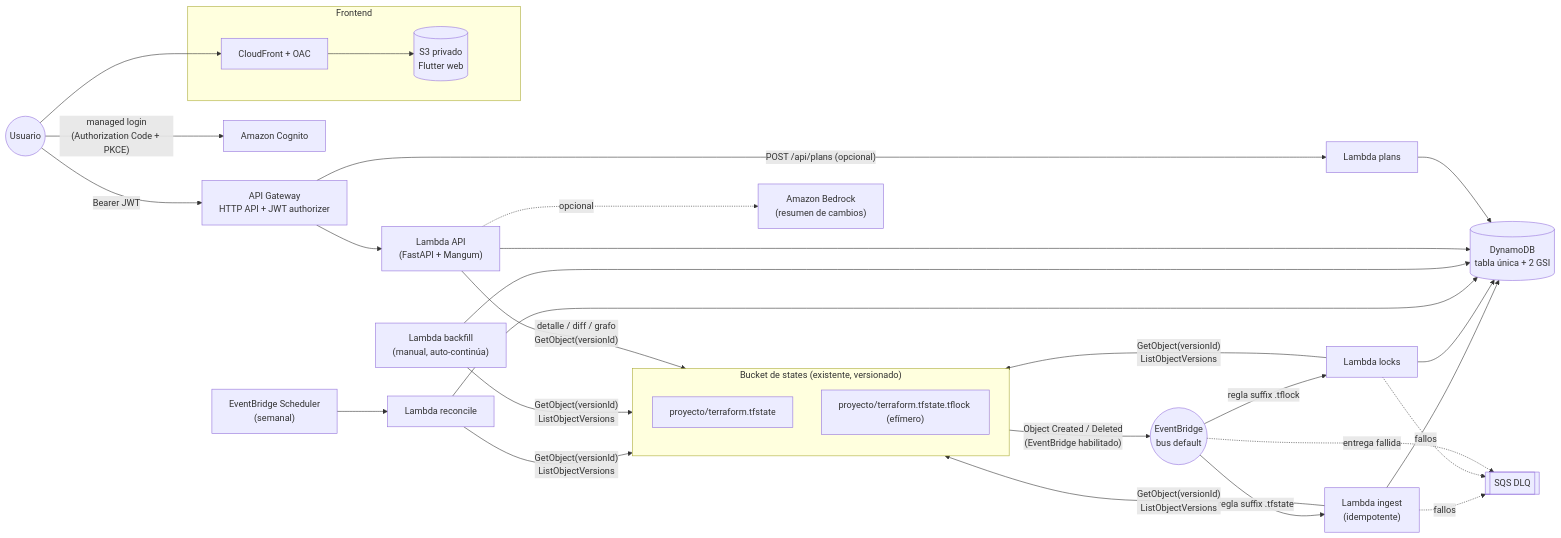
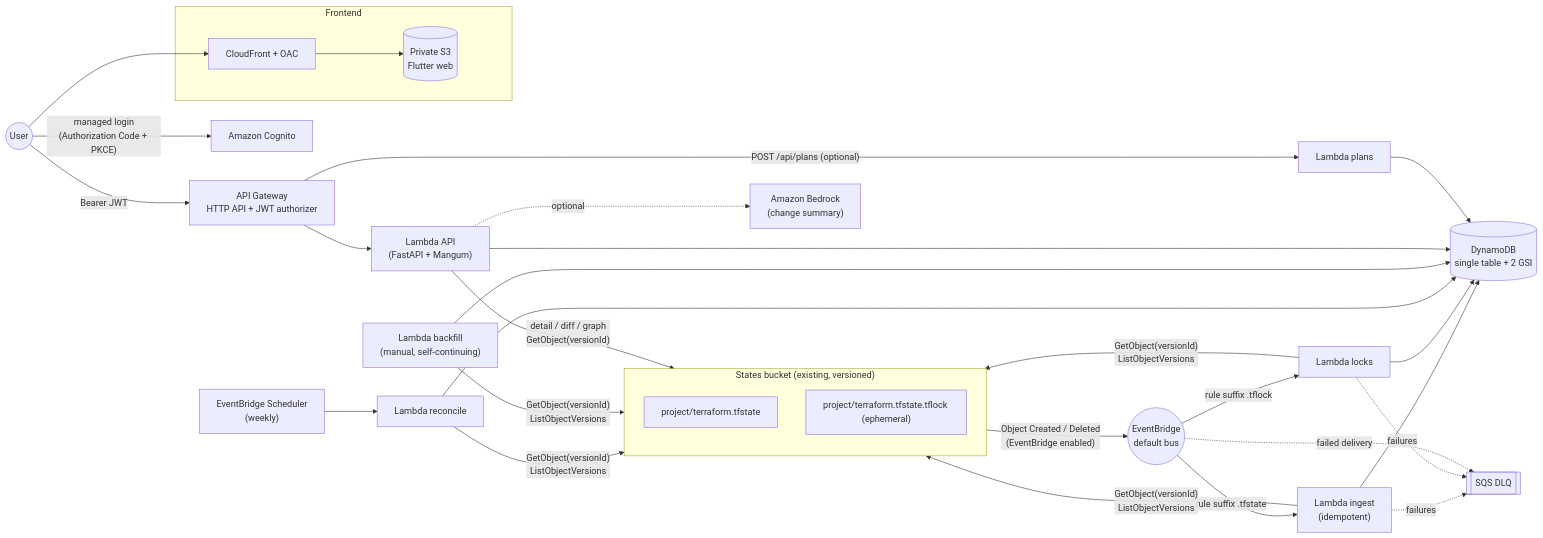
One commit to nubesegura/terraformation changed the diagram in README.md. Above: the diagram before and after it, drawn with Mermaid. The commit also changed other lines of this file and 107 other files, not shown here.

````diff
--- a/README.md
+++ b/README.md
@@ -38,30 +42,30 @@
 ```mermaid
 flowchart LR
-  subgraph S3["Bucket de states (existente, versionado)"]
-    ST["proyecto/terraform.tfstate"]
-    LK["proyecto/terraform.tfstate.tflock (efímero)"]
+  subgraph S3["States bucket (existing, versioned)"]
+    ST["project/terraform.tfstate"]
+    LK["project/terraform.tfstate.tflock (ephemeral)"]
   end
-  S3 -- "Object Created / Deleted<br/>(EventBridge habilitado)" --> EB(("EventBridge<br/>bus default"))
-  EB -- "regla suffix .tfstate" --> ING["Lambda ingest<br/>(idempotente)"]
-  EB -- "regla suffix .tflock" --> LCK["Lambda locks"]
-  SCH["EventBridge Scheduler<br/>(semanal)"] --> REC["Lambda reconcile"]
-  BF["Lambda backfill<br/>(manual, auto-continúa)"]
+  S3 -- "Object Created / Deleted<br/>(EventBridge enabled)" --> EB(("EventBridge<br/>default bus"))
+  EB -- "rule suffix .tfstate" --> ING["Lambda ingest<br/>(idempotent)"]
+  EB -- "rule suffix .tflock" --> LCK["Lambda locks"]
+  SCH["EventBridge Scheduler<br/>(weekly)"] --> REC["Lambda reconcile"]
+  BF["Lambda backfill<br/>(manual, self-continuing)"]
   ING & LCK & REC & BF -- "GetObject(versionId)<br/>ListObjectVersions" --> S3
-  ING & LCK & REC & BF --> DDB[("DynamoDB<br/>tabla única + 2 GSI")]
-  ING -. "fallos" .-> DLQ[["SQS DLQ"]]
-  LCK -. "fallos" .-> DLQ
-  EB -. "entrega fallida" .-> DLQ
+  ING & LCK & REC & BF --> DDB[("DynamoDB<br/>single table + 2 GSI")]
+  ING -. "failures" .-> DLQ[["SQS DLQ"]]
+  LCK -. "failures" .-> DLQ
+  EB -. "failed delivery" .-> DLQ
 
   subgraph Web["Frontend"]
-    CF["CloudFront + OAC"] --> SITE[("S3 privado<br/>Flutter web")]
+    CF["CloudFront + OAC"] --> SITE[("Private S3<br/>Flutter web")]
   end
-  USER(("Usuario")) --> CF
+  USER(("User")) --> CF
   USER -- "managed login<br/>(Authorization Code + PKCE)" --> COG["Amazon Cognito"]
   USER -- "Bearer JWT" --> APIGW["API Gateway<br/>HTTP API + JWT authorizer"]
   APIGW --> API["Lambda API<br/>(FastAPI + Mangum)"]
-  APIGW -- "POST /api/plans (opcional)" --> PLN["Lambda plans"]
+  APIGW -- "POST /api/plans (optional)" --> PLN["Lambda plans"]
   API --> DDB
-  API -- "detalle / diff / grafo<br/>GetObject(versionId)" --> S3
+  API -- "detail / diff / graph<br/>GetObject(versionId)" --> S3
   PLN --> DDB
-  API -. "opcional" .-> BED["Amazon Bedrock<br/>(resumen de cambios)"]
+  API -. "optional" .-> BED["Amazon Bedrock<br/>(change summary)"]
 ```
````
